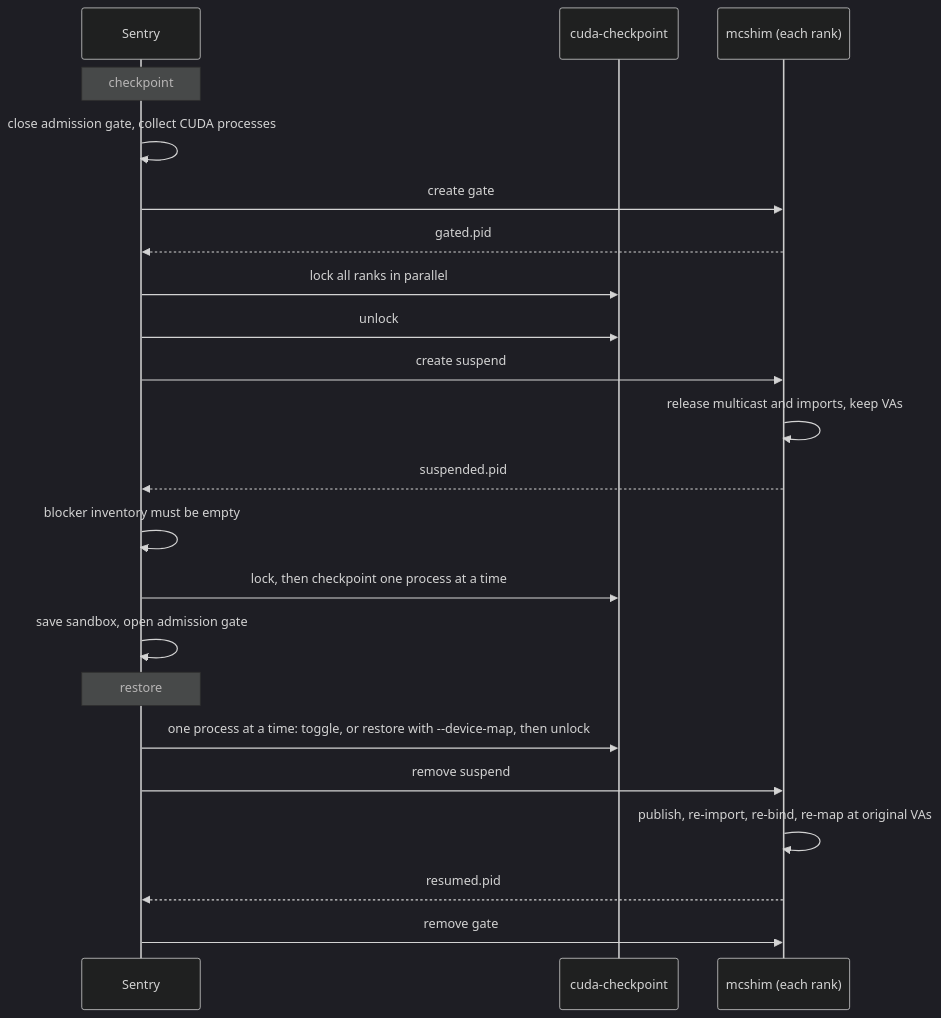
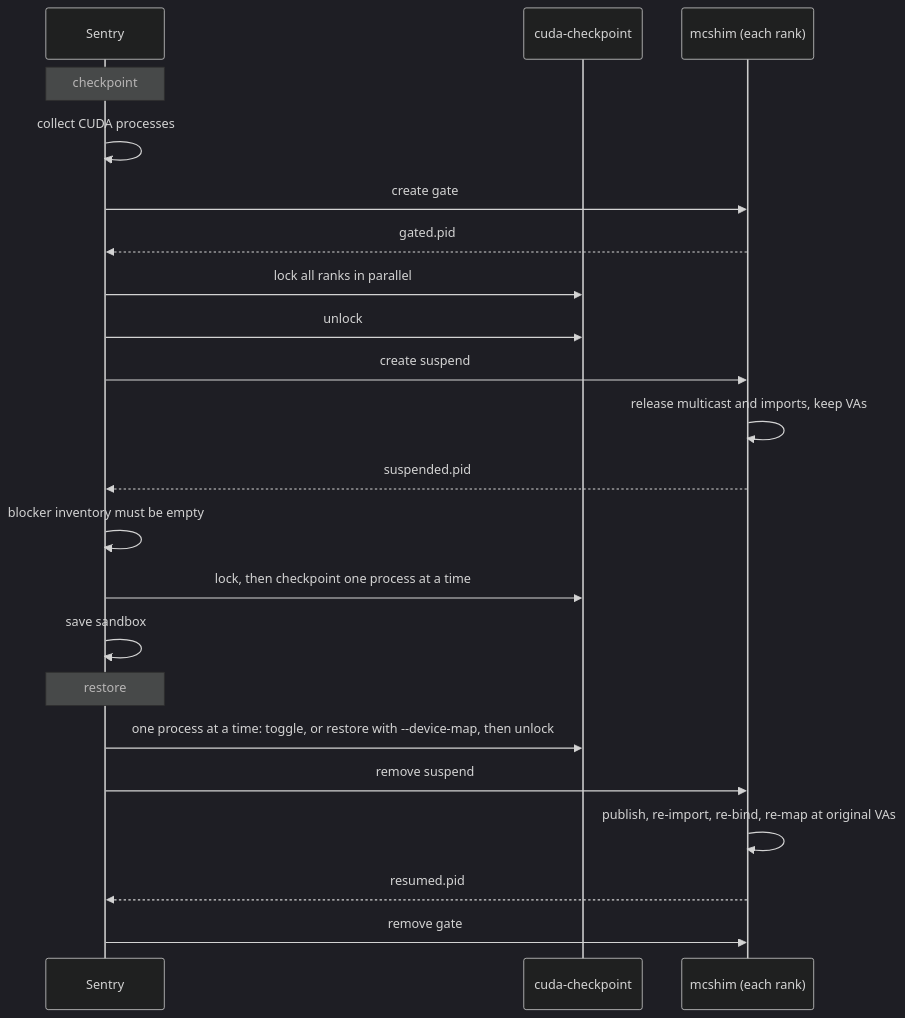
The second of 2 diagrams in g3doc/proposals/cuda_multigpu_checkpoint.md (luiscape/gvisor), drawn with Mermaid (dark theme) before and after one commit. The commit also changed other lines of this file and 7 other files, not shown here.

First line of the commit message:
Move the CUDA admission gate to its own branch

````diff
--- a/g3doc/proposals/cuda_multigpu_checkpoint.md
+++ b/g3doc/proposals/cuda_multigpu_checkpoint.md
@@ -187,24 +187,24 @@
 ```mermaid
 sequenceDiagram
     participant S as Sentry
     participant C as cuda-checkpoint
     participant M as mcshim (each rank)
     Note over S: checkpoint
-    S->>S: close admission gate, collect CUDA processes
+    S->>S: collect CUDA processes
     S->>M: create gate
     M-->>S: gated.pid
     S->>C: lock all ranks in parallel
     S->>C: unlock
     S->>M: create suspend
     M->>M: release multicast and imports, keep VAs
     M-->>S: suspended.pid
     S->>S: blocker inventory must be empty
     S->>C: lock, then checkpoint one process at a time
-    S->>S: save sandbox, open admission gate
+    S->>S: save sandbox
     Note over S: restore
     S->>C: one process at a time: toggle, or restore with --device-map, then unlock
     S->>M: remove suspend
     M->>M: publish, re-import, re-bind, re-map at original VAs
     M-->>S: resumed.pid
     S->>M: remove gate
 ```
````
